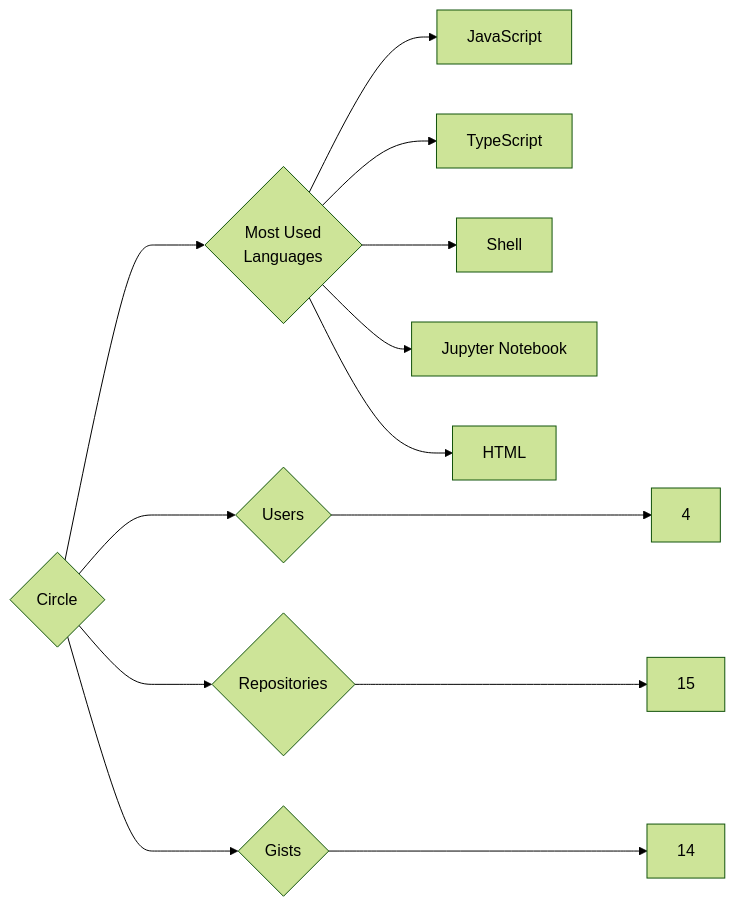
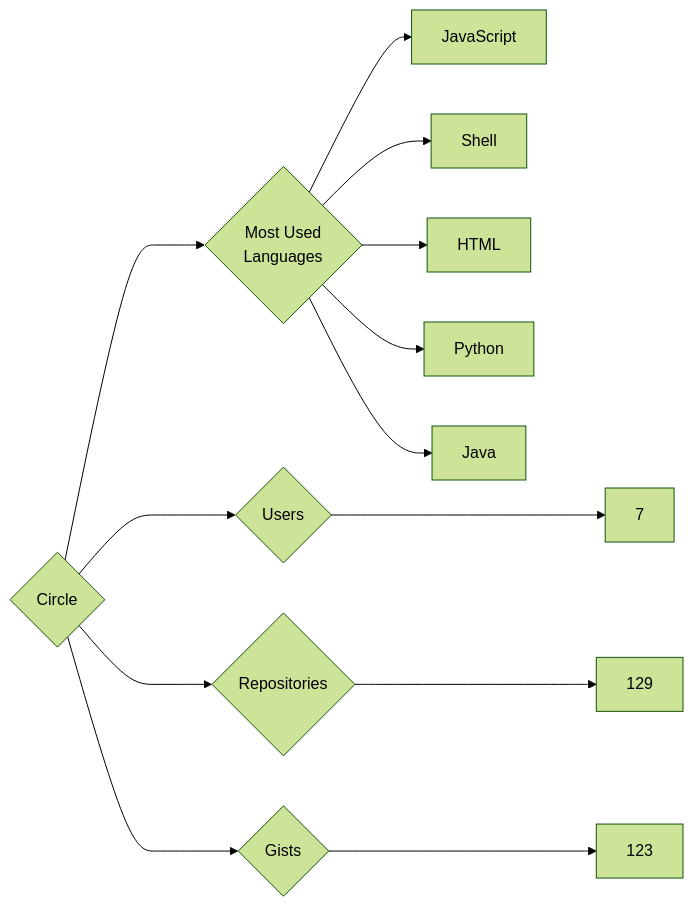
Before and after one commit to trickest/insiders: the diagram in targets/Circle/README.md, drawn with Mermaid (forest theme). The commit also changed 860 other files, not shown here.

````diff
--- a/targets/Circle/README.md
+++ b/targets/Circle/README.md
@@ -3,13 +3,13 @@
 ```mermaid
 graph LR
 COMPANY_NAME{Circle}
-COMPANY_NAME ---> U{Users} ---> UN[4]
-COMPANY_NAME ---> R{Repositories} ---> RN[15]
-COMPANY_NAME ---> G{Gists} ---> GN[14]
+COMPANY_NAME ---> U{Users} ---> UN[7]
+COMPANY_NAME ---> R{Repositories} ---> RN[129]
+COMPANY_NAME ---> G{Gists} ---> GN[123]
 COMPANY_NAME ---> ML{Most Used<br>Languages}
 ML --> JavaScript[JavaScript]
-ML --> TypeScript[TypeScript]
 ML --> Shell[Shell]
-ML --> Jupyter_Notebook[Jupyter Notebook]
 ML --> HTML[HTML]
+ML --> Python[Python]
+ML --> Java[Java]
 ```
````
